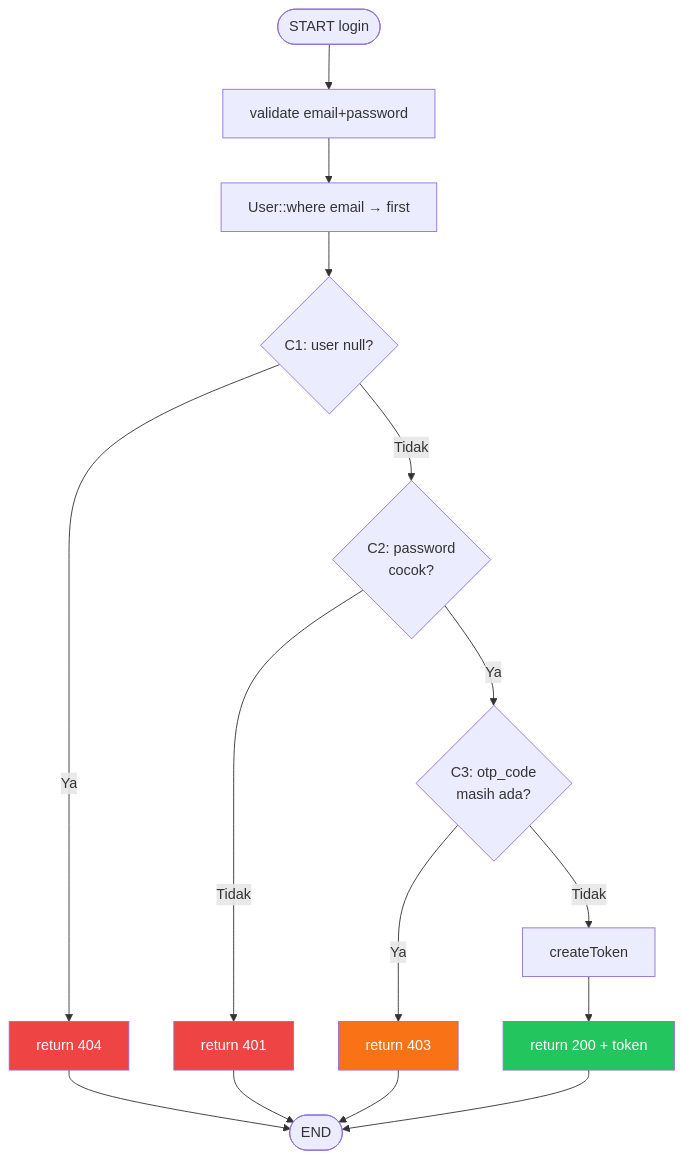
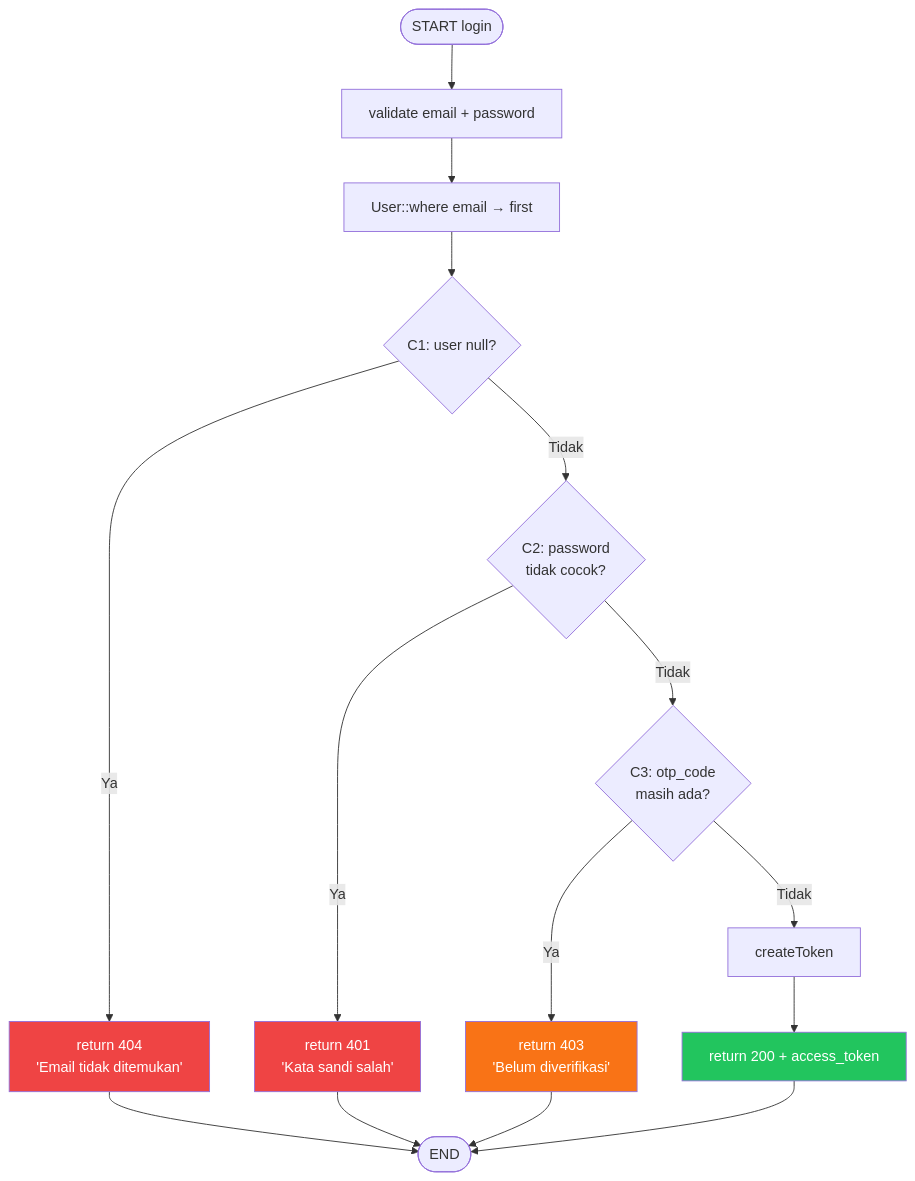
Before and after one commit to JarJel/SQA-project: the first of 4 diagrams in Software Testing Documentation/White Box Testing/Control_Flow_Testing.md, drawn with Mermaid. The commit also changed other lines of this file, not shown here.

````diff
--- a/Software Testing Documentation/White Box Testing/Control_Flow_Testing.md
+++ b/Software Testing Documentation/White Box Testing/Control_Flow_Testing.md
@@ -31,19 +30,19 @@
 ```mermaid
 flowchart TD
-    A([START login]) --> B[validate email+password]
+    A([START login]) --> B[validate email + password]
     B --> C[User::where email → first]
     C --> D{C1: user null?}
-    D -- Ya --> E[return 404]
-    D -- Tidak --> F{C2: password\ncocok?}
-    F -- Tidak --> G[return 401]
-    F -- Ya --> H{C3: otp_code\nmasih ada?}
-    H -- Ya --> I[return 403]
+    D -- Ya --> E[return 404\n'Email tidak ditemukan']
+    D -- Tidak --> F{C2: password\ntidak cocok?}
+    F -- Ya --> G[return 401\n'Kata sandi salah']
+    F -- Tidak --> H{C3: otp_code\nmasih ada?}
+    H -- Ya --> I[return 403\n'Belum diverifikasi']
     H -- Tidak --> J[createToken]
-    J --> K[return 200 + token]
+    J --> K[return 200 + access_token]
     E & G & I & K --> Z([END])
 
     style E fill:#ef4444,color:#fff
     style G fill:#ef4444,color:#fff
     style I fill:#f97316,color:#fff
     style K fill:#22c55e,color:#fff
 ```
````
